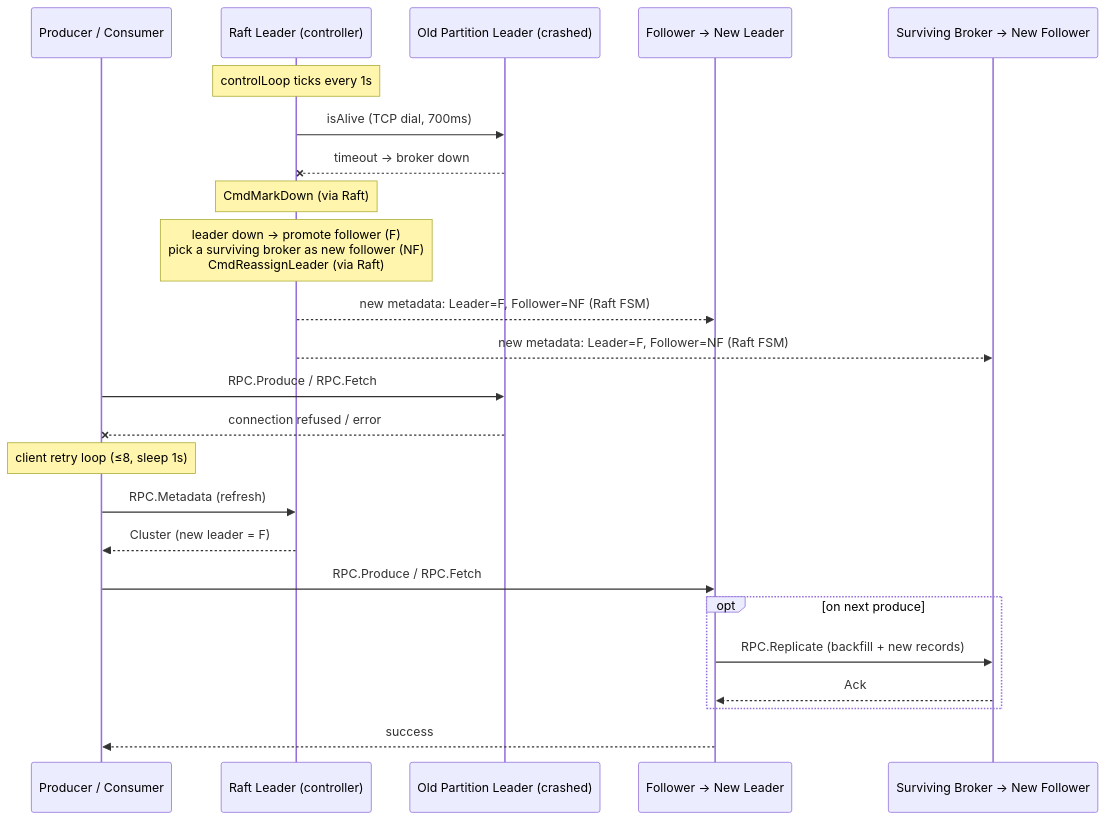
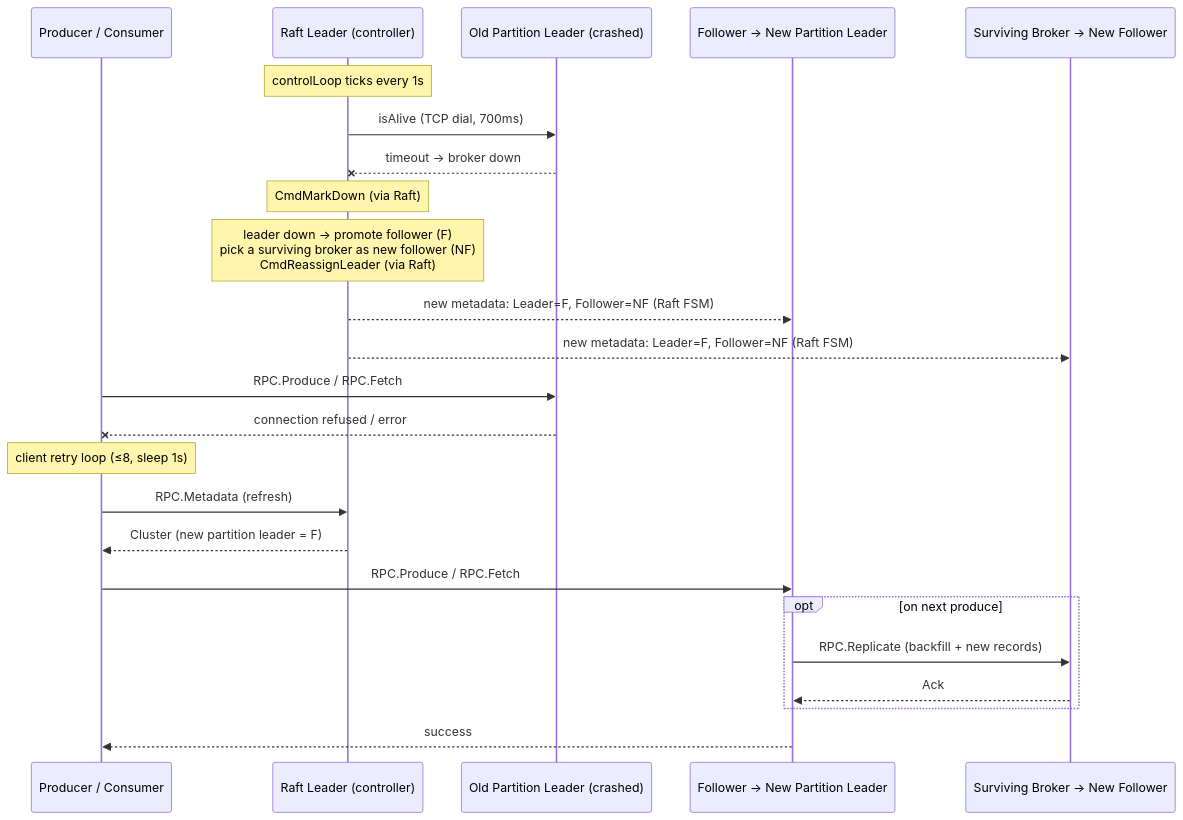
One commit to theotimeflichy/trixps changed the third of 3 diagrams in report.md. Above: the diagram before and after it, drawn with Mermaid.

````diff
--- a/report.md
+++ b/report.md
@@ -112,26 +112,26 @@
 ```mermaid
 sequenceDiagram
     participant PC as Producer / Consumer
     participant RL as Raft Leader (controller)
     participant L as Old Partition Leader (crashed)
-    participant F as Follower → New Leader
+    participant F as Follower → New Partition Leader
     participant NF as Surviving Broker → New Follower
     Note over RL: controlLoop ticks every 1s
     RL->>L: isAlive (TCP dial, 700ms)
     L--xRL: timeout → broker down
     Note over RL: CmdMarkDown (via Raft)
     Note over RL: leader down → promote follower (F)<br/>pick a surviving broker as new follower (NF)<br/>CmdReassignLeader (via Raft)
     RL-->>F: new metadata: Leader=F, Follower=NF (Raft FSM)
     RL-->>NF: new metadata: Leader=F, Follower=NF (Raft FSM)
     PC->>L: RPC.Produce / RPC.Fetch
     L--xPC: connection refused / error
     Note over PC: client retry loop (≤8, sleep 1s)
     PC->>RL: RPC.Metadata (refresh)
-    RL-->>PC: Cluster (new leader = F)
+    RL-->>PC: Cluster (new partition leader = F)
     PC->>F: RPC.Produce / RPC.Fetch
     opt on next produce
         F->>NF: RPC.Replicate (backfill + new records)
         NF-->>F: Ack
     end
     F-->>PC: success
 ```
````
